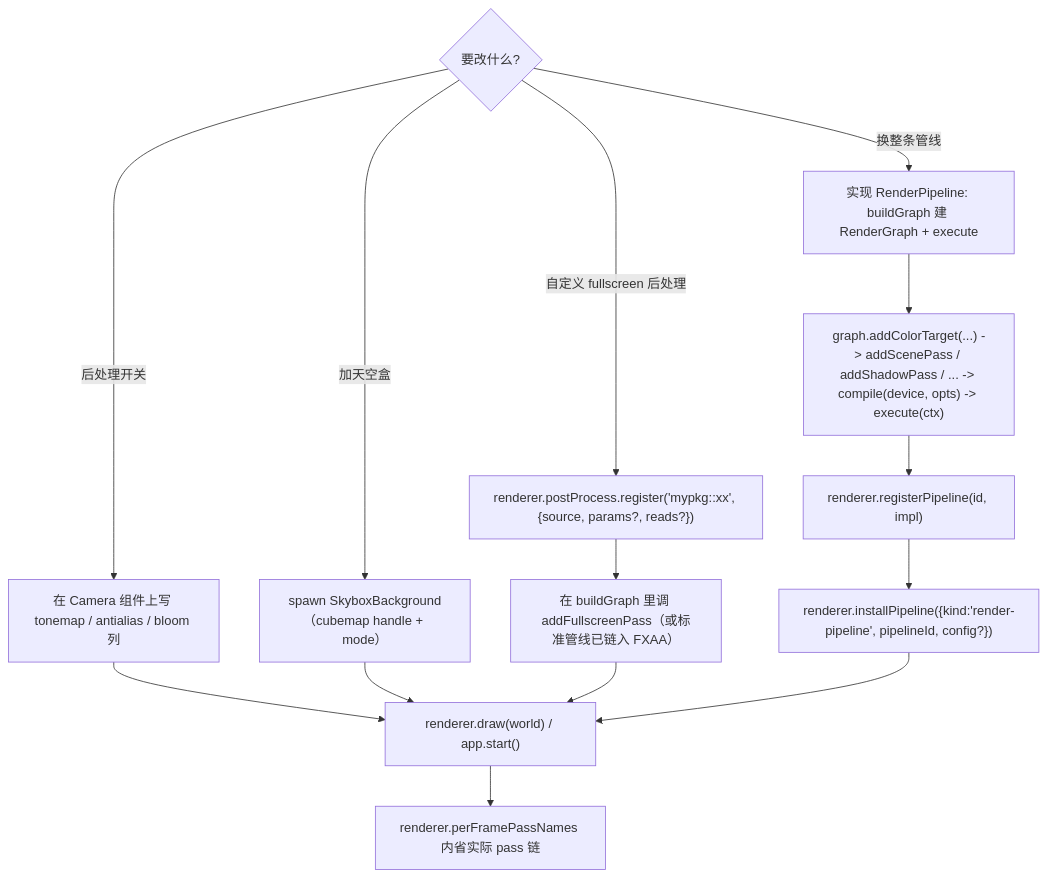
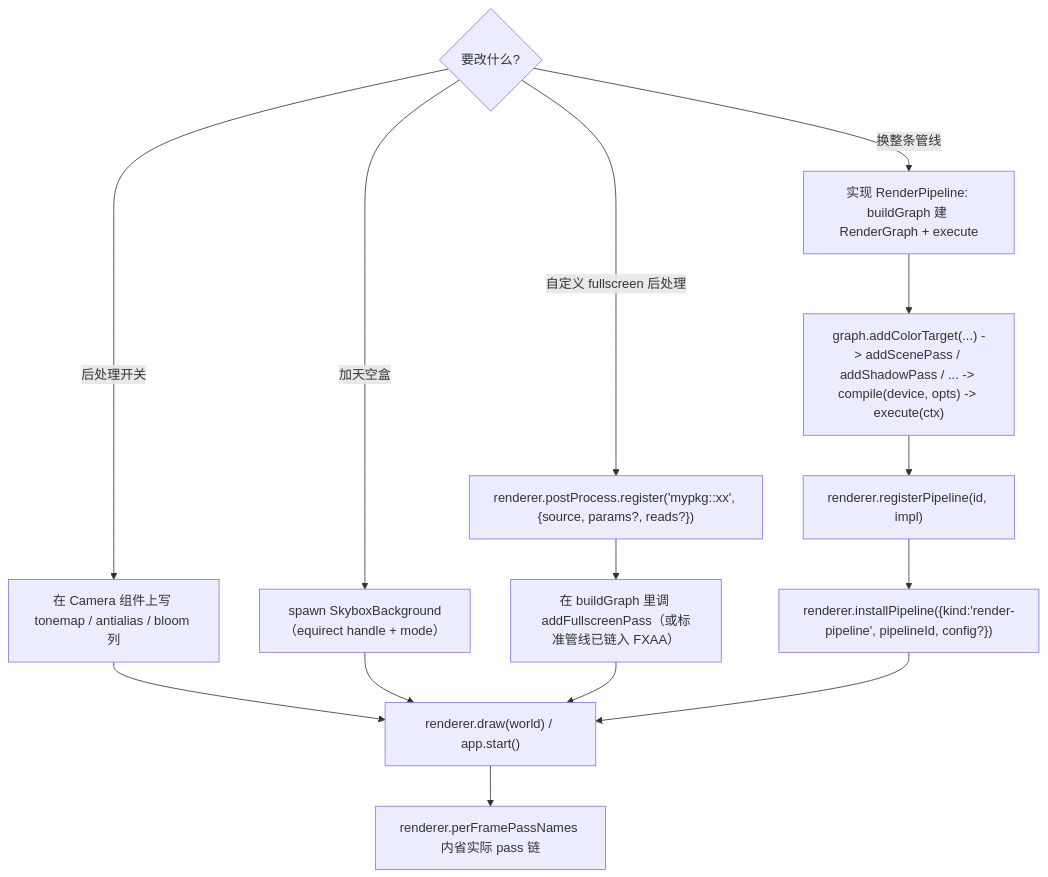
The diagram in packages/engine/skills/forgeax-engine-render-pipeline/SKILL.md (ForgeaX-Games/forgeax-editor), drawn with Mermaid before and after one commit. The commit also changed other lines of this file and 415 other files, not shown here.

````diff
--- a/packages/engine/skills/forgeax-engine-render-pipeline/SKILL.md
+++ b/packages/engine/skills/forgeax-engine-render-pipeline/SKILL.md
@@ -74,16 +74,16 @@
 ```mermaid
 flowchart TD
   Q{"要改什么?"} -->|后处理开关| CAM["在 Camera 组件上写 tonemap / antialias / bloom 列"]
-  Q -->|加天空盒| SKY["spawn SkyboxBackground（cubemap handle + mode）"]
+  Q -->|加天空盒| SKY["spawn SkyboxBackground（equirect handle + mode）"]
   Q -->|自定义 fullscreen 后处理| REG["renderer.postProcess.register('mypkg::xx', {source, params?, reads?})"]
   Q -->|换整条管线| PIPE["实现 RenderPipeline: buildGraph 建 RenderGraph + execute"]
   REG --> BUILD["在 buildGraph 里调 addFullscreenPass（或标准管线已链入 FXAA）"]
   PIPE --> RG["graph.addColorTarget(...) -> addScenePass / addShadowPass / ... -> compile(device, opts) -> execute(ctx)"]
   RG --> REG_P["renderer.registerPipeline(id, impl)"]
   REG_P --> INS["renderer.installPipeline({kind:'render-pipeline', pipelineId, config?})"]
   CAM --> DR["renderer.draw(world) / app.start()"]
   SKY --> DR
   BUILD --> DR
   INS --> DR
   DR --> INSP["renderer.perFramePassNames 内省实际 pass 链"]
 ```
````
